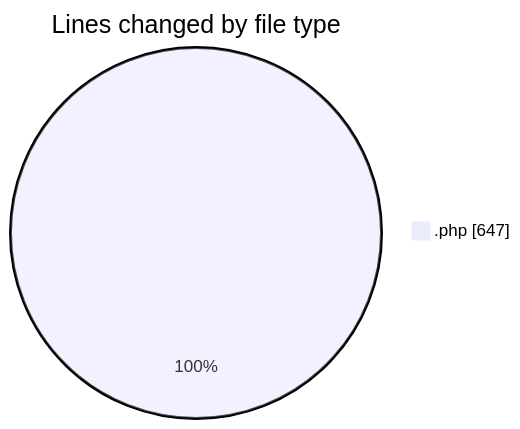
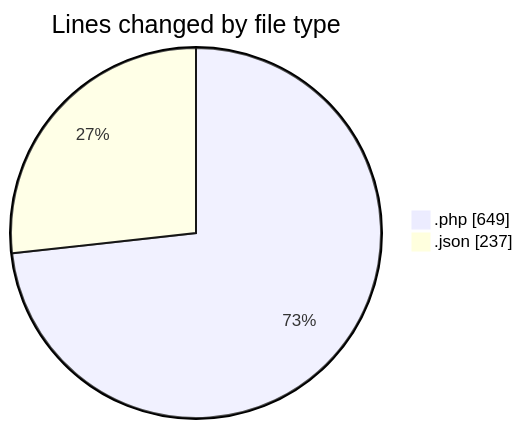
The first of 2 diagrams in 2025-05-28/studio-backend/README.md (idhammustaqopulfikri/code-tracking), drawn with Mermaid before and after one commit. The commit also changed other lines of this file and 1 other file, not shown here.

````diff
--- a/2025-05-28/studio-backend/README.md
+++ b/2025-05-28/studio-backend/README.md
@@ -33,5 +34,6 @@
 ```mermaid
 pie showData
 title Lines changed by file type
-".php" : 647
+".php" : 649
+".json" : 237
 ```
````
